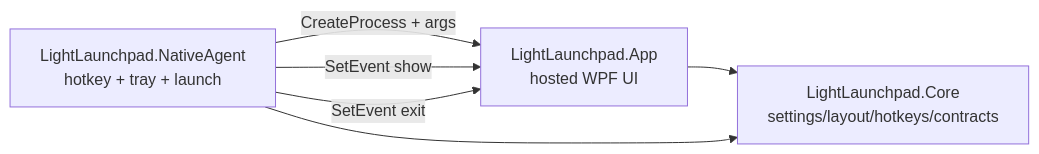
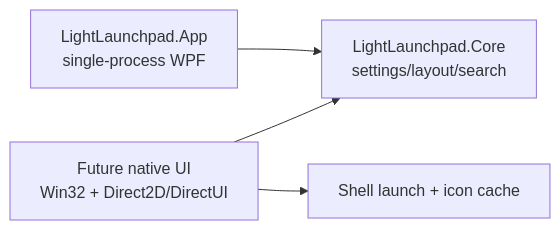
One commit to thomasthzh/LightLaunchpad changed the diagram in docs/ai/requirements-and-route.md. Above: the diagram before and after it, drawn with Mermaid. The commit also changed other lines of this file and 9 other files, not shown here.

Commit message:
fix: restore responsive single-process launchpad

````diff
--- a/docs/ai/requirements-and-route.md
+++ b/docs/ai/requirements-and-route.md
@@ -41,8 +35,6 @@
 ```mermaid
 flowchart LR
-    Agent["LightLaunchpad.NativeAgent\nhotkey + tray + launch"] -->|"CreateProcess + args"| UI["LightLaunchpad.App\nhosted WPF UI"]
-    Agent -->|"SetEvent show"| UI
-    Agent -->|"SetEvent exit"| UI
-    UI --> Core["LightLaunchpad.Core\nsettings/layout/hotkeys/contracts"]
-    Agent --> Core
+    App["LightLaunchpad.App\nsingle-process WPF"] --> Core["LightLaunchpad.Core\nsettings/layout/search"]
+    Native["Future native UI\nWin32 + Direct2D/DirectUI"] --> Core
+    Native --> Shell["Shell launch + icon cache"]
 ```
````
